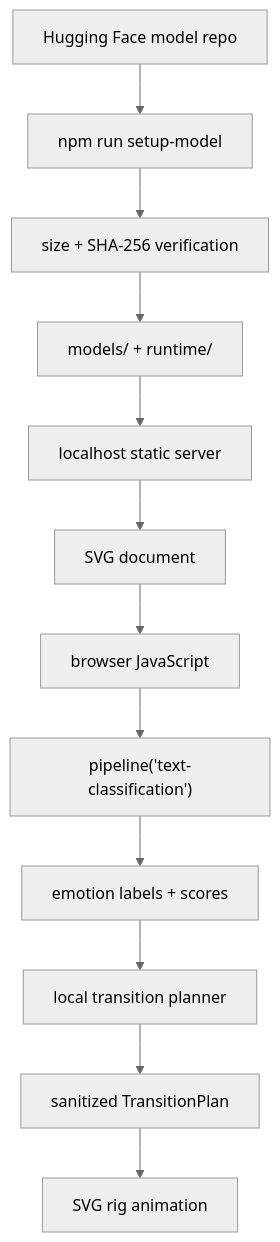
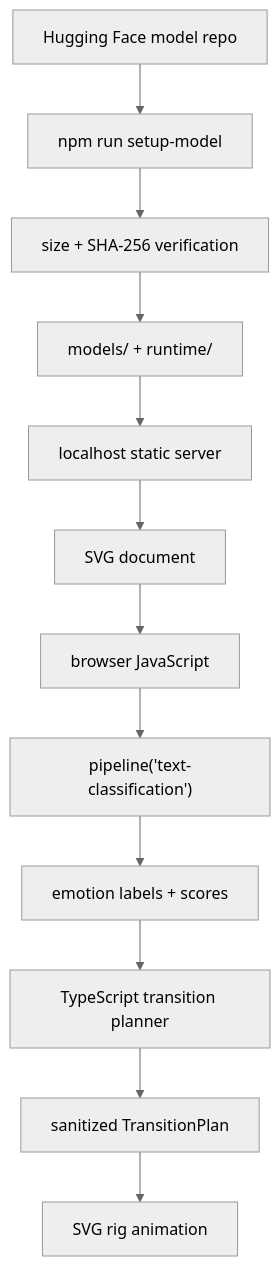
The diagram in README.md (Everyseok/svgotchi), drawn with Mermaid (neutral theme) before and after one commit. The commit also changed other lines of this file and 17 other files, not shown here.

````diff
--- a/README.md
+++ b/README.md
@@ -62,14 +72,14 @@
 ```mermaid
 flowchart TD
   HF["Hugging Face model repo"] --> SETUP["npm run setup-model"]
   SETUP --> VERIFY["size + SHA-256 verification"]
   VERIFY --> LOCAL["models/ + runtime/"]
   LOCAL --> SERVE["localhost static server"]
   SERVE --> SVG["SVG document"]
   SVG --> JS["browser JavaScript"]
   JS --> PIPE["pipeline('text-classification')"]
   PIPE --> RESULT["emotion labels + scores"]
-  RESULT --> PLAN["local transition planner"]
+  RESULT --> PLAN["TypeScript transition planner"]
   PLAN --> SAFE["sanitized TransitionPlan"]
   SAFE --> RIG["SVG rig animation"]
 ```
````
